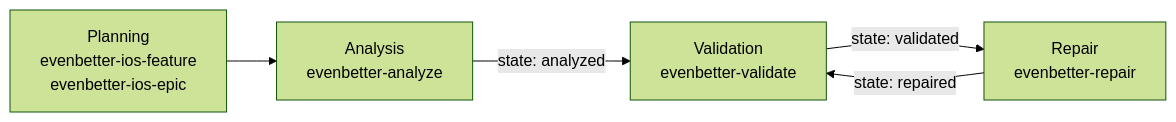
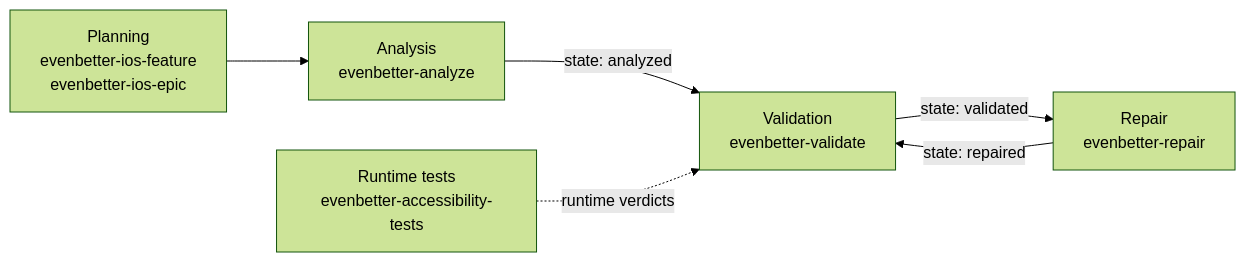
Before and after one commit to MelloBirkan/EvenBetterFramework: the diagram in README.md, drawn with Mermaid (forest theme). The commit also changed other lines of this file and 242 other files, not shown here.

First line of the commit message:
Review every skill, add runtime tests and nutrition labels, add evals (#11)

````diff
--- a/README.md
+++ b/README.md
@@ -71,7 +86,8 @@
 ```mermaid
 flowchart LR
     P["Planning<br/>evenbetter-ios-feature<br/>evenbetter-ios-epic"] --> A["Analysis<br/>evenbetter-analyze"]
     A -- "state: analyzed" --> V["Validation<br/>evenbetter-validate"]
     V -- "state: validated" --> R["Repair<br/>evenbetter-repair"]
     R -- "state: repaired" --> V
+    T["Runtime tests<br/>evenbetter-accessibility-tests"] -.->|"runtime verdicts"| V
 ```
````
